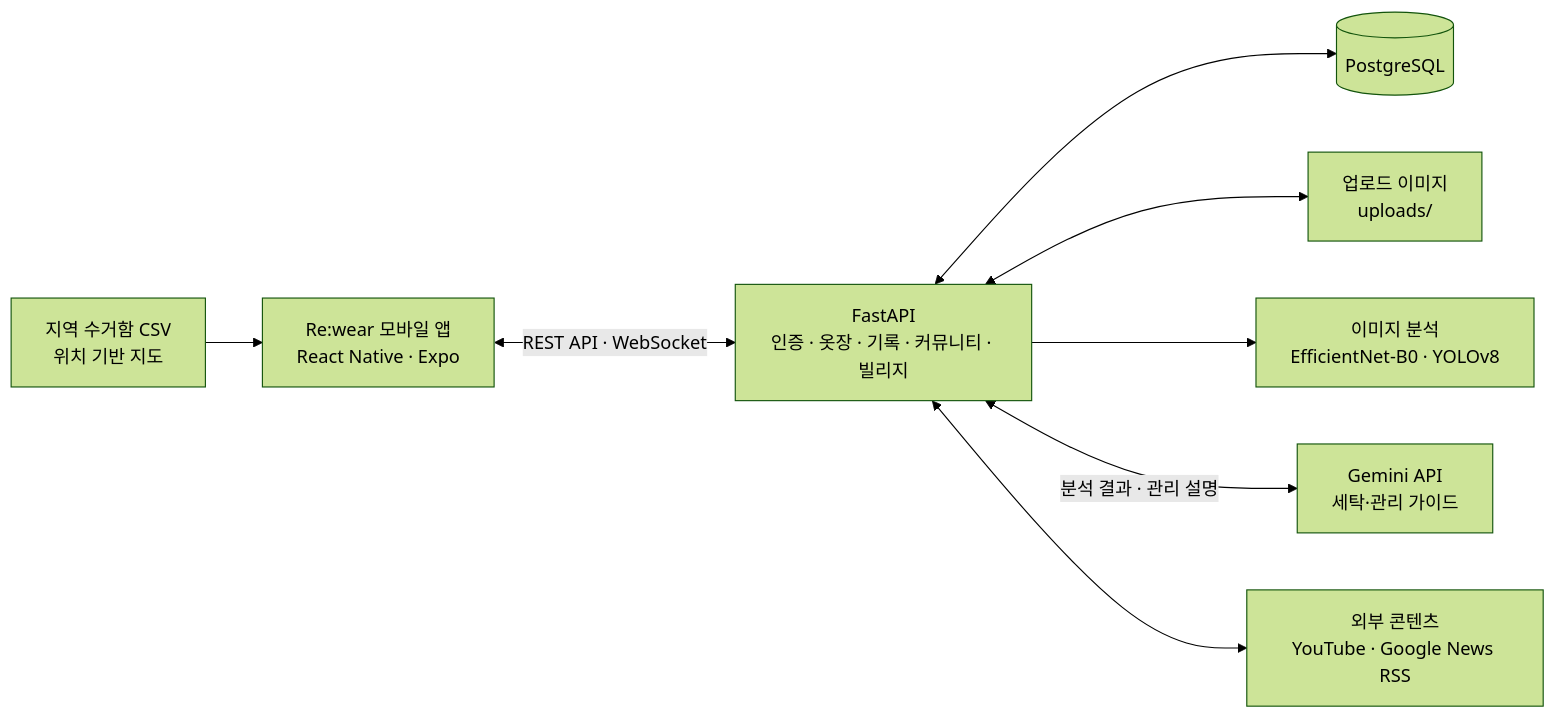
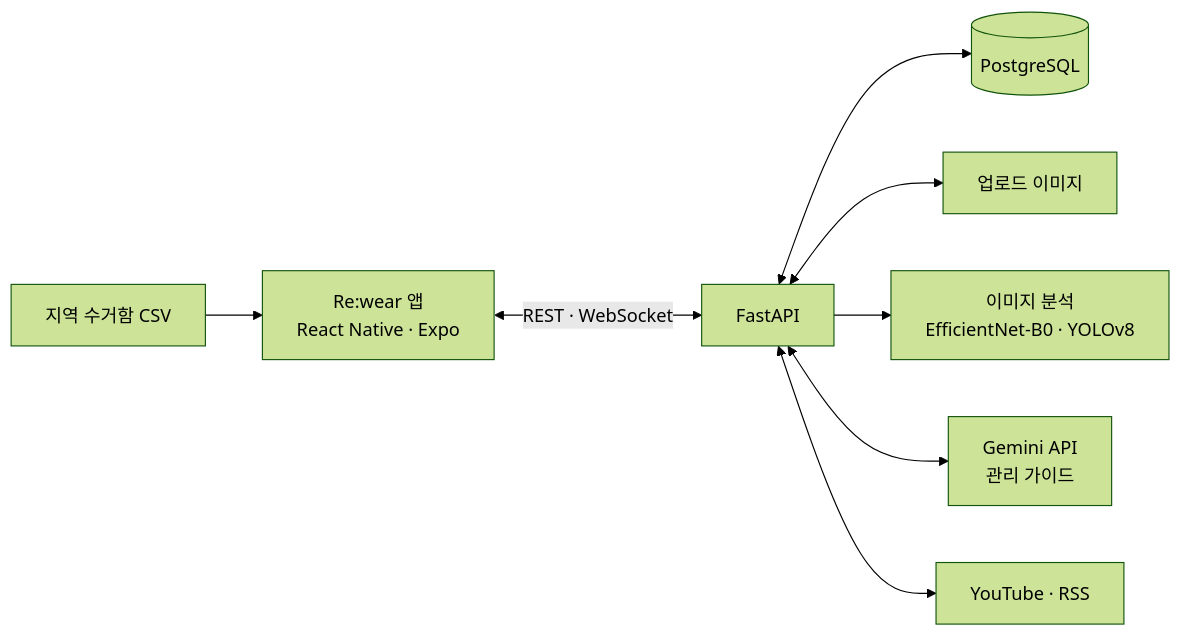
The diagram in README.md (juuu-sung/Re-wear-project), drawn with Mermaid (forest theme) before and after one commit. The commit also changed other lines of this file and 2 other files, not shown here.

Commit message:
docs: reorganize README around mobile app features

````diff
--- a/README.md
+++ b/README.md
@@ -100,19 +118,19 @@
 ```mermaid
 flowchart LR
-    App["Re:wear 모바일 앱<br/>React Native · Expo"]
-    API["FastAPI<br/>인증 · 옷장 · 기록 · 커뮤니티 · 빌리지"]
+    App["Re:wear 앱<br/>React Native · Expo"]
+    API["FastAPI"]
     DB[("PostgreSQL")]
-    Files["업로드 이미지<br/>uploads/"]
+    Files["업로드 이미지"]
     ML["이미지 분석<br/>EfficientNet-B0 · YOLOv8"]
-    Gemini["Gemini API<br/>세탁·관리 가이드"]
-    Content["외부 콘텐츠<br/>YouTube · Google News RSS"]
-    CSV["지역 수거함 CSV<br/>위치 기반 지도"]
+    Gemini["Gemini API<br/>관리 가이드"]
+    Content["YouTube · RSS"]
+    CSV["지역 수거함 CSV"]
 
-    App <-->|"REST API · WebSocket"| API
+    App <-->|"REST · WebSocket"| API
     API <--> DB
     API <--> Files
     API --> ML
-    API <-->|"분석 결과 · 관리 설명"| Gemini
+    API <--> Gemini
     API <--> Content
     CSV --> App
 ```
````
